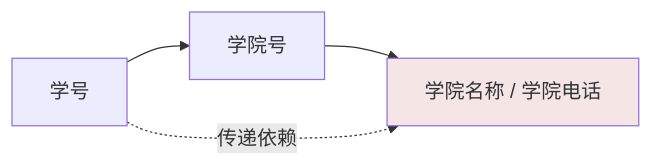
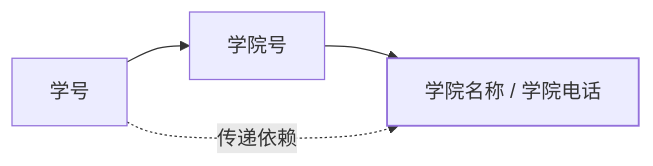
The diagram in src/content/docs/mysql/basic/theory/01-normal-forms.md (Loadhao/ascension), drawn with Mermaid before and after one commit. The commit also changed 87 other files, not shown here.

First line of the commit message:
fix: 全站图表配色改由主题接管，修复暗色主题下浅底浅字看不清

````diff
--- a/src/content/docs/mysql/basic/theory/01-normal-forms.md
+++ b/src/content/docs/mysql/basic/theory/01-normal-forms.md
@@ -78,8 +78,9 @@
 ```mermaid
 flowchart LR
     A["学号"] --> B["学院号"]
     B --> C["学院名称 / 学院电话"]
     A -. 传递依赖 .-> C
 
-    style C fill:#f5e6e6
+    class C bad
+    classDef bad stroke-width:1.5px
 ```
````
